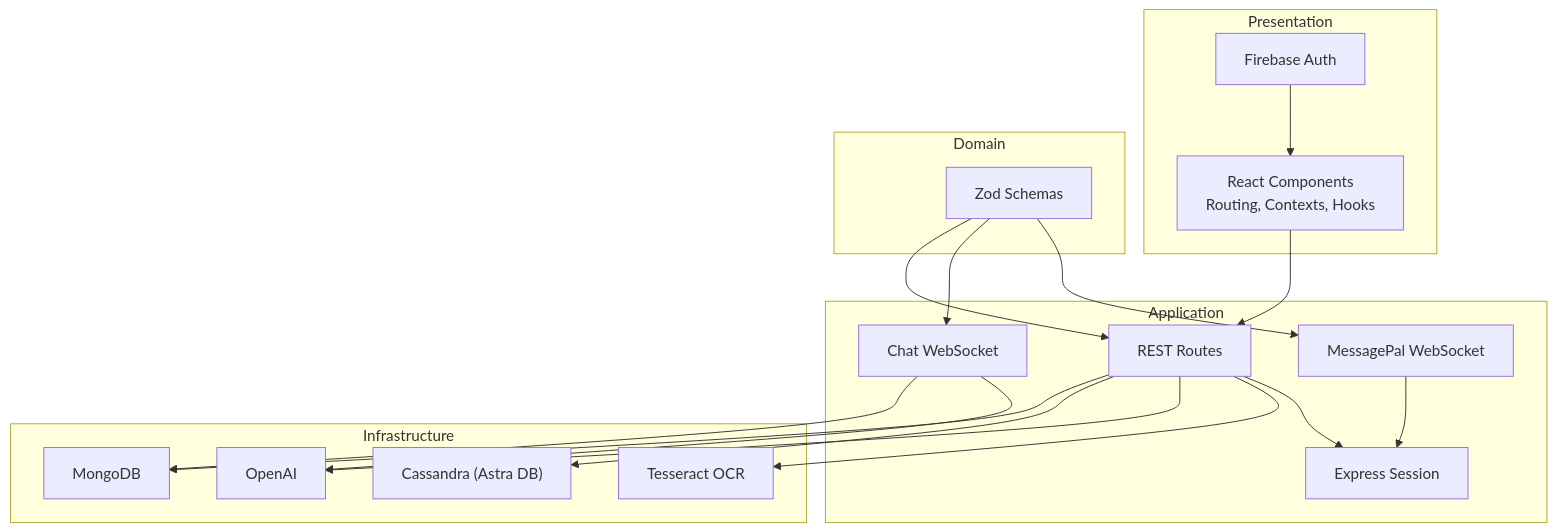
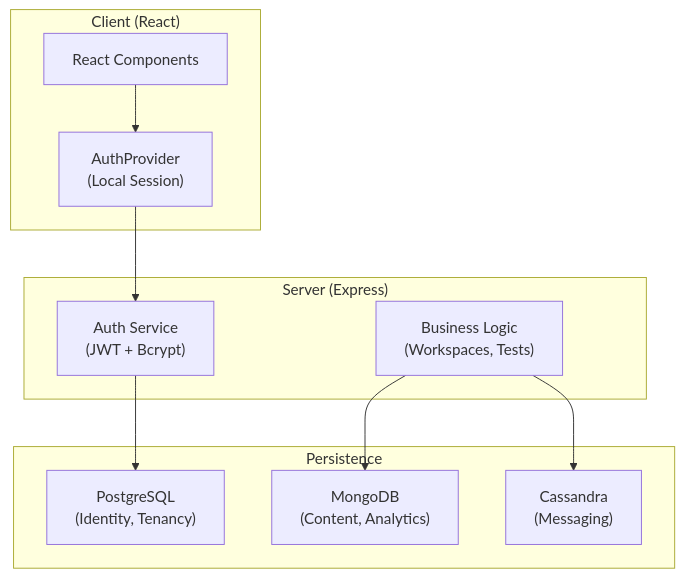
The first of 2 diagrams in docs/code-wiki/content/Architecture Overview.md (nitishssh/Class-mode), drawn with Mermaid before and after one commit. The commit also changed other lines of this file and 13 other files, not shown here.

Commit message:
refactor: migrate authentication system from Firebase to self-hosted PostgreSQL-backed identity management

````diff
--- a/docs/code-wiki/content/Architecture Overview.md
+++ b/docs/code-wiki/content/Architecture Overview.md
@@ -131,35 +26,21 @@
 ```mermaid
 graph TB
-subgraph "Presentation"
-UI["React Components<br/>Routing, Contexts, Hooks"]
-Auth["Firebase Auth"]
+subgraph "Client (React)"
+UI["React Components"]
+Ctx["AuthProvider<br/>(Local Session)"]
 end
-subgraph "Application"
-API["REST Routes"]
-WS_Chat["Chat WebSocket"]
-WS_MP["MessagePal WebSocket"]
-Session["Express Session"]
+subgraph "Server (Express)"
+Auth["Auth Service<br/>(JWT + Bcrypt)"]
+Logic["Business Logic<br/>(Workspaces, Tests)"]
 end
-subgraph "Domain"
-Schemas["Zod Schemas"]
+subgraph "Persistence"
+PG["PostgreSQL<br/>(Identity, Tenancy)"]
+Mongo["MongoDB<br/>(Content, Analytics)"]
+Cass["Cassandra<br/>(Messaging)"]
 end
-subgraph "Infrastructure"
-Mongo["MongoDB"]
-Cass["Cassandra (Astra DB)"]
-OpenAI["OpenAI"]
-Tess["Tesseract OCR"]
-end
-UI --> API
-Auth --> UI
-API --> Mongo
-API --> Cass
-API --> OpenAI
-API --> Tess
-API --> Session
-WS_Chat --> Mongo
-WS_Chat --> OpenAI
-WS_MP --> Session
-Schemas --> API
-Schemas --> WS_Chat
-Schemas --> WS_MP
+UI --> Ctx
+Ctx --> Auth
+Auth --> PG
+Logic --> Mongo
+Logic --> Cass
 ```
````
